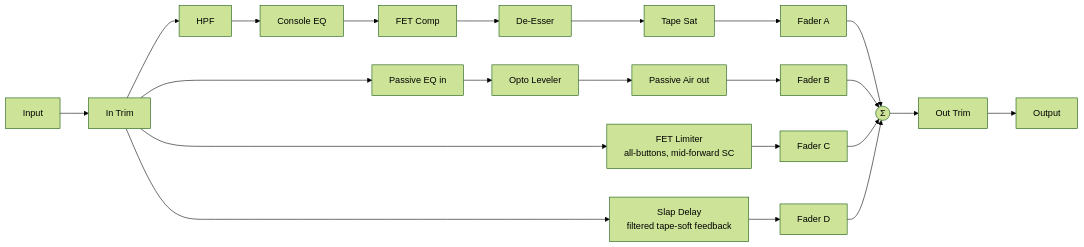
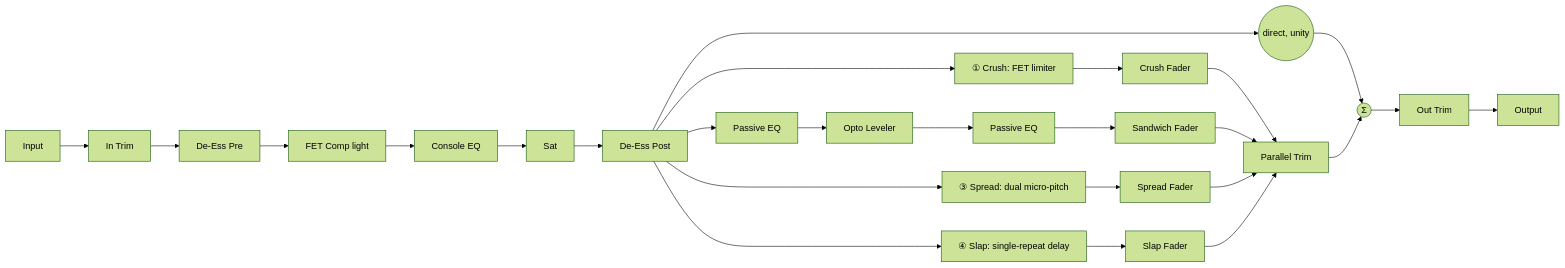
One commit to basilica-audio/Miserere changed the diagram in docs/architecture.md. Above: the diagram before and after it, drawn with Mermaid (forest theme). The commit also changed other lines of this file and 45 other files, not shown here.

````diff
--- a/docs/architecture.md
+++ b/docs/architecture.md
@@ -5,13 +5,16 @@
 ```mermaid
 flowchart LR
     IN[Input] --> TRIM_IN[In Trim]
-    TRIM_IN --> A_HPF[HPF] --> A_EQ[Console EQ] --> A_COMP[FET Comp] --> A_DS[De-Esser] --> A_SAT[Tape Sat] --> A_FADER[Fader A]
-    TRIM_IN --> B_EQ[Passive EQ in] --> B_OPTO[Opto Leveler] --> B_AIR[Passive Air out] --> B_FADER[Fader B]
-    TRIM_IN --> C_FET[FET Limiter<br/>all-buttons, mid-forward SC] --> C_FADER[Fader C]
-    TRIM_IN --> D_SLAP[Slap Delay<br/>filtered tape-soft feedback] --> D_FADER[Fader D]
-    A_FADER --> SUM((Σ))
-    B_FADER --> SUM
-    C_FADER --> SUM
-    D_FADER --> SUM
+    TRIM_IN --> DP_DSP[De-Ess Pre] --> DP_FET[FET Comp light] --> DP_EQ[Console EQ] --> DP_SAT[Sat] --> DP_DSPOST[De-Ess Post]
+    DP_DSPOST --> DIRECT_SUM((direct, unity))
+    DP_DSPOST --> CRUSH[① Crush: FET limiter] --> CRUSH_FADER[Crush Fader]
+    DP_DSPOST --> SAND_PRE[Passive EQ] --> SAND_OPTO[Opto Leveler] --> SAND_POST[Passive EQ] --> SAND_FADER[Sandwich Fader]
+    DP_DSPOST --> SPREAD[③ Spread: dual micro-pitch] --> SPREAD_FADER[Spread Fader]
+    DP_DSPOST --> SLAP[④ Slap: single-repeat delay] --> SLAP_FADER[Slap Fader]
+    DIRECT_SUM --> SUM((Σ))
+    CRUSH_FADER --> PARALLEL_TRIM[Parallel Trim] --> SUM
+    SAND_FADER --> PARALLEL_TRIM
+    SPREAD_FADER --> PARALLEL_TRIM
+    SLAP_FADER --> PARALLEL_TRIM
     SUM --> TRIM_OUT[Out Trim] --> OUT[Output]
 ```
````
